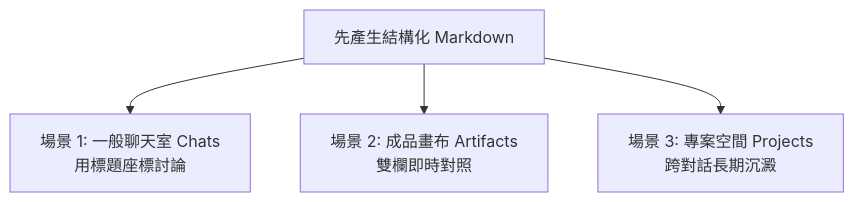
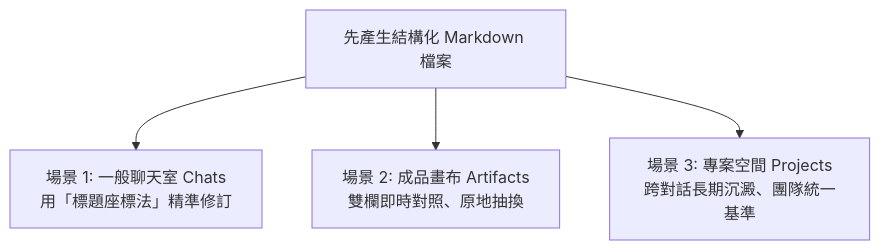
One commit to roberthsu2003/workflow-productivity changed the second of 2 diagrams in Claude_ai/討論方式的內容生成/README.md. Above: the diagram before and after it, drawn with Mermaid. The commit also changed other lines of this file, not shown here.

````diff
--- a/Claude_ai/討論方式的內容生成/README.md
+++ b/Claude_ai/討論方式的內容生成/README.md
@@ -50,6 +66,6 @@
 ```mermaid
 graph TD
-    M[先產生結構化 Markdown] --> C1[場景 1: 一般聊天室 Chats<br>用標題座標討論]
-    M --> C2[場景 2: 成品畫布 Artifacts<br>雙欄即時對照]
-    M --> C3[場景 3: 專案空間 Projects<br>跨對話長期沉澱]
+    M[先產生結構化 Markdown 檔案] --> C1[場景 1: 一般聊天室 Chats<br>用「標題座標法」精準修訂]
+    M --> C2[場景 2: 成品畫布 Artifacts<br>雙欄即時對照、原地抽換]
+    M --> C3[場景 3: 專案空間 Projects<br>跨對話長期沉澱、團隊統一基準]
 ```
````
